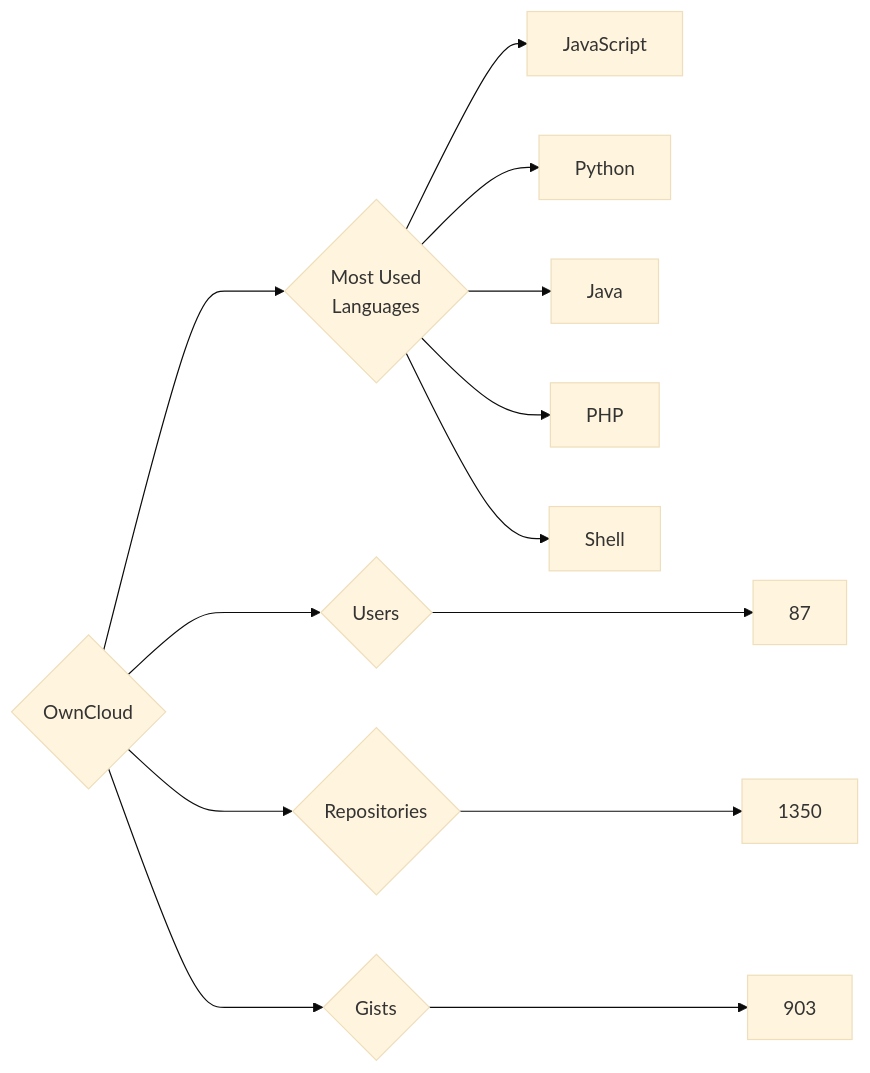
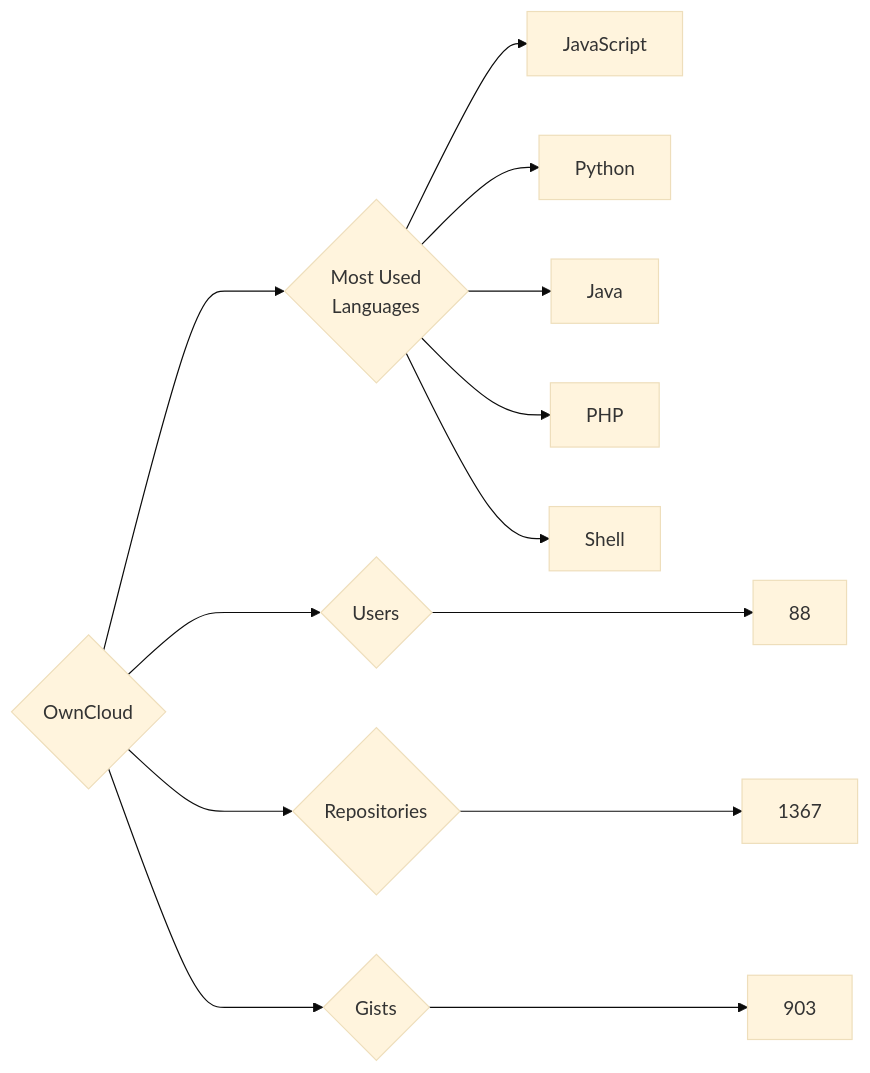
The diagram in targets/OwnCloud/README.md (trickest/insiders), drawn with Mermaid (base theme) before and after one commit. The commit also changed 948 other files, not shown here.

````diff
--- a/targets/OwnCloud/README.md
+++ b/targets/OwnCloud/README.md
@@ -3,13 +3,13 @@
 ```mermaid
 graph LR
 COMPANY_NAME{OwnCloud}
-COMPANY_NAME ---> U{Users} ---> UN[87]
-COMPANY_NAME ---> R{Repositories} ---> RN[1350]
+COMPANY_NAME ---> U{Users} ---> UN[88]
+COMPANY_NAME ---> R{Repositories} ---> RN[1367]
 COMPANY_NAME ---> G{Gists} ---> GN[903]
 COMPANY_NAME ---> ML{Most Used<br>Languages}
 ML --> JavaScript[JavaScript]
 ML --> Python[Python]
 ML --> Java[Java]
 ML --> PHP[PHP]
 ML --> Shell[Shell]
 ```
````
